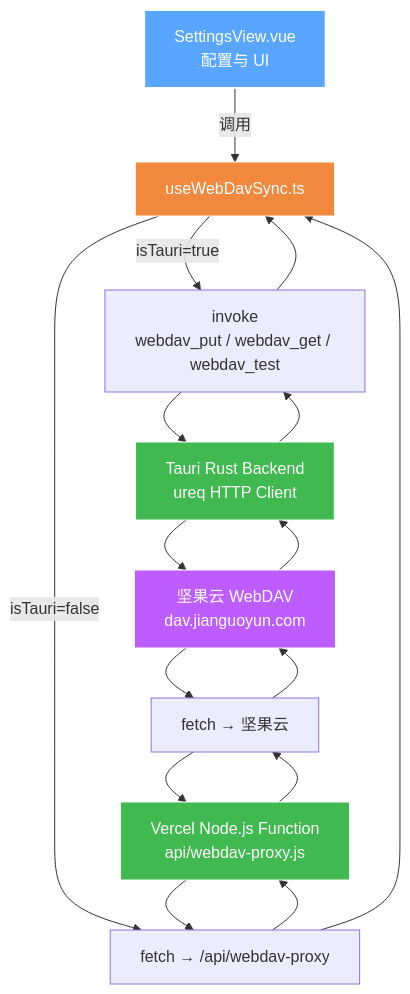
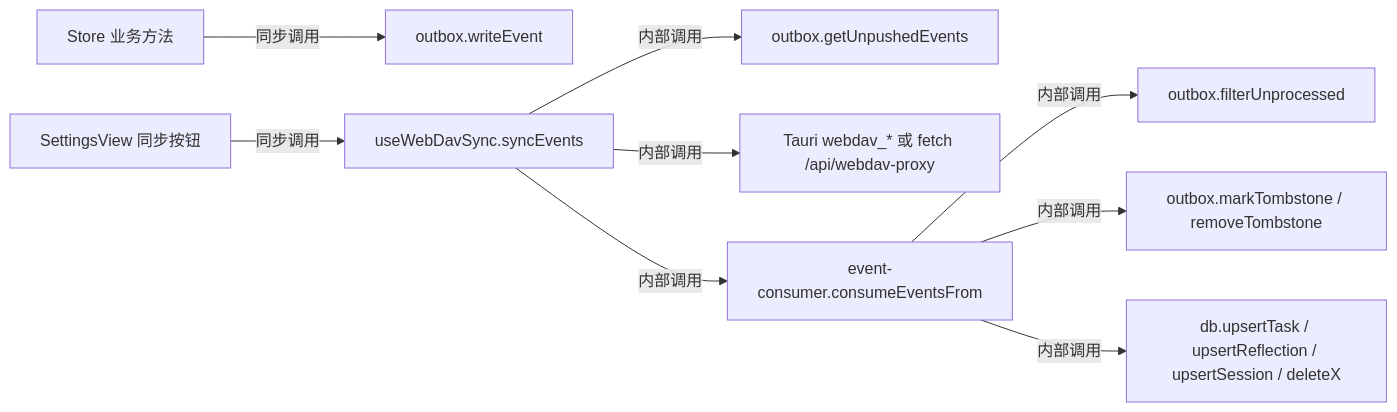
Before and after one commit to zc63463-cmyk/potodoroX: the second of 4 diagrams in DevNotes/Module/synchronize/WebDavSync.structure.md, drawn with Mermaid. The commit also changed other lines of this file and 1 other file, not shown here.

First line of the commit message:
docs(sync): 重写 WebDAV 同步模块文档 (架构 + 实现)

````diff
--- a/DevNotes/Module/synchronize/WebDavSync.structure.md
+++ b/DevNotes/Module/synchronize/WebDavSync.structure.md
@@ -16,22 +173,11 @@
 ```mermaid
-graph TD
-    A[SettingsView.vue<br/>配置与 UI] -->|调用| B[useWebDavSync.ts]
-
-    B -->|isTauri=true| C[invoke<br/>webdav_put / webdav_get / webdav_test]
-    C --> D[Tauri Rust Backend<br/>ureq HTTP Client]
-    D --> E[坚果云 WebDAV<br/>dav.jianguoyun.com]
-
-    B -->|isTauri=false| F[fetch → /api/webdav-proxy]
-    F --> G[Vercel Node.js Function<br/>api/webdav-proxy.js]
-    G --> H[fetch → 坚果云]
-    H --> E
-
-    E --> D --> C --> B
-    E --> H --> G --> F --> B
-
-    style A fill:#58A6FF,stroke:#fff,stroke-width:2px,color:#fff
-    style B fill:#F0883E,stroke:#fff,color:#fff
-    style D fill:#3FB950,stroke:#fff,color:#fff
-    style G fill:#3FB950,stroke:#fff,color:#fff
-    style E fill:#BD5DFF,stroke:#fff,color:#fff
+graph LR
+    A[Store 业务方法] -- 同步调用 --> B[outbox.writeEvent]
+    C[SettingsView 同步按钮] -- 同步调用 --> D[useWebDavSync.syncEvents]
+    D -- 内部调用 --> E[outbox.getUnpushedEvents]
+    D -- 内部调用 --> F[Tauri webdav_* 或 fetch /api/webdav-proxy]
+    D -- 内部调用 --> G[event-consumer.consumeEventsFrom]
+    G -- 内部调用 --> H[outbox.filterUnprocessed]
+    G -- 内部调用 --> I[outbox.markTombstone / removeTombstone]
+    G -- 内部调用 --> J[db.upsertTask / upsertReflection / upsertSession / deleteX]
 ```
````
